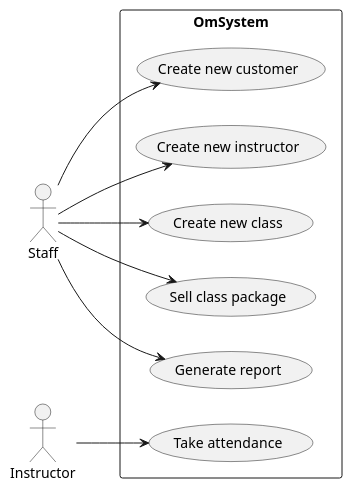
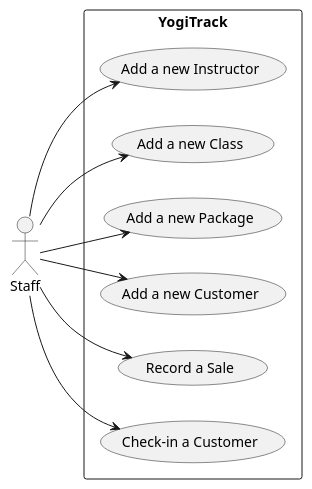
Before and after one commit to ndwiv/yogitrack-prototype: the diagram in Models/UseCases.plantuml, drawn with PlantUML.

Commit message:
Use-cases updated

```diff
--- a/Models/UseCases.plantuml
+++ b/Models/UseCases.plantuml
@@ -1,14 +1,13 @@
 @startuml classdiagram
 
 Actor Staff
-Actor Instructor
-rectangle OmSystem {
+rectangle YogiTrack {
     left to right direction
-    Staff --> (Create new customer)
-    Staff --> (Create new instructor)
-    Staff --> (Create new class)
-    Staff --> (Sell class package)
-    Staff --> (Generate report)
-    Instructor --> (Take attendance)
+    Staff --> (Add a new Instructor)
+    Staff --> (Add a new Class)
+    Staff --> (Add a new Package)
+    Staff --> (Add a new Customer)
+    Staff --> (Record a Sale)
+    Staff --> (Check-in a Customer)
 }
 @enduml 
```
